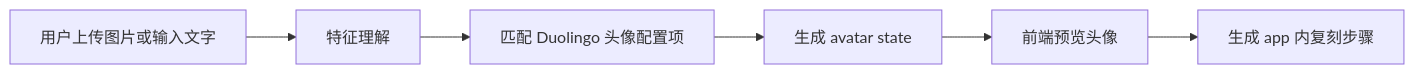
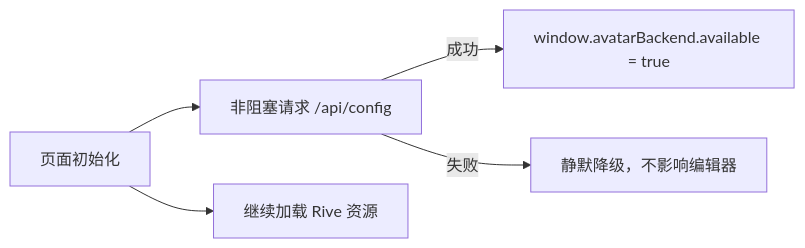
Before and after one commit to wishflow/duolingo-avator-creator: the third of 4 diagrams in docs/deployment-plan.md, drawn with Mermaid. The commit also changed other lines of this file and 8 other files, not shown here.

````diff
--- a/docs/deployment-plan.md
+++ b/docs/deployment-plan.md
@@ -276,8 +220,7 @@
 ```mermaid
 flowchart LR
-  A[用户上传图片或输入文字] --> B[特征理解]
-  B --> C[匹配 Duolingo 头像配置项]
-  C --> D[生成 avatar state]
-  D --> E[前端预览头像]
-  E --> F[生成 app 内复刻步骤]
+  A[页面初始化] --> B[非阻塞请求 /api/config]
+  A --> C[继续加载 Rive 资源]
+  B -- 成功 --> D[window.avatarBackend.available = true]
+  B -- 失败 --> E[静默降级，不影响编辑器]
 ```
````
